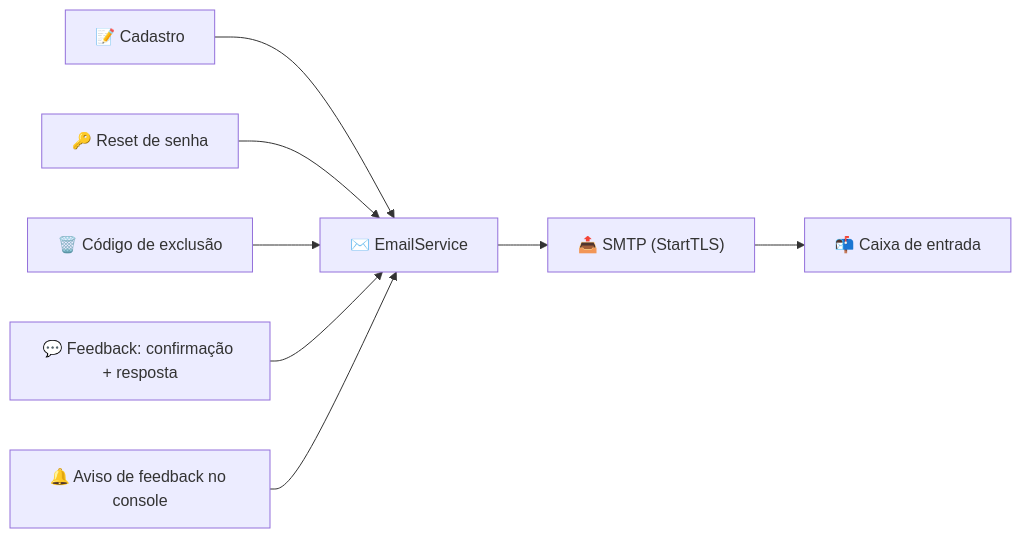
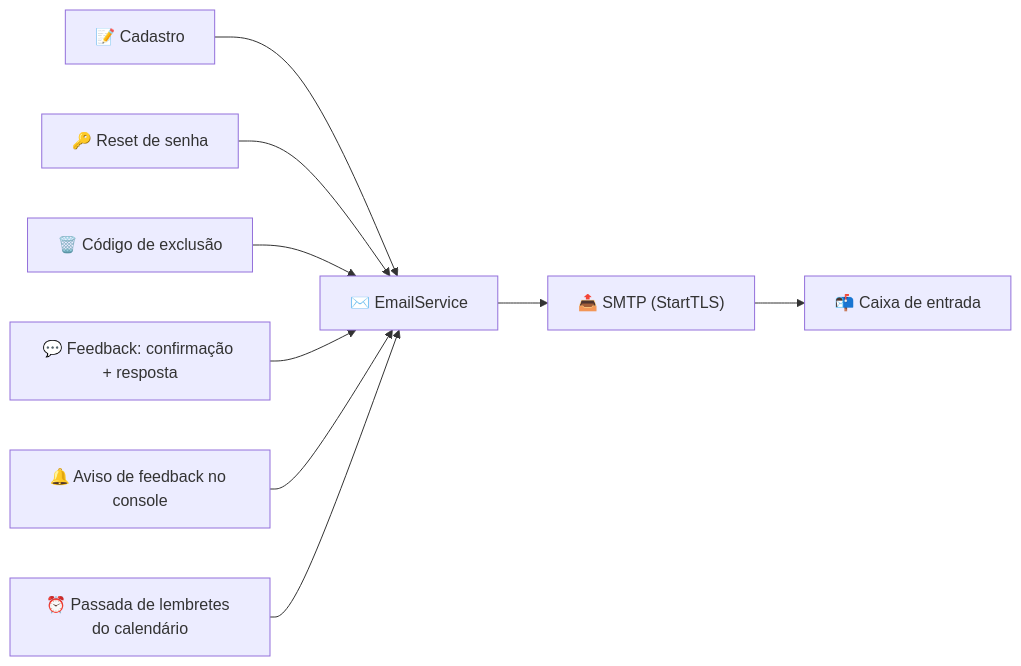
The diagram in architecture/email-service/pt.md (AndDev741/Beyou-arch-design), drawn with Mermaid before and after one commit. The commit also changed other lines of this file and 32 other files, not shown here.

````diff
--- a/architecture/email-service/pt.md
+++ b/architecture/email-service/pt.md
@@ -26,9 +27,10 @@
 ```mermaid
 flowchart LR
   REG["📝 Cadastro"] --> ES["✉️ EmailService"]
   PR["🔑 Reset de senha"] --> ES
   DEL["🗑️ Código de exclusão"] --> ES
   FB["💬 Feedback: confirmação + resposta"] --> ES
   FBA["🔔 Aviso de feedback no console"] --> ES
+  CAL["⏰ Passada de lembretes do calendário"] --> ES
   ES --> SMTP["📤 SMTP (StartTLS)"] --> INBOX["📬 Caixa de entrada"]
 ```
````
